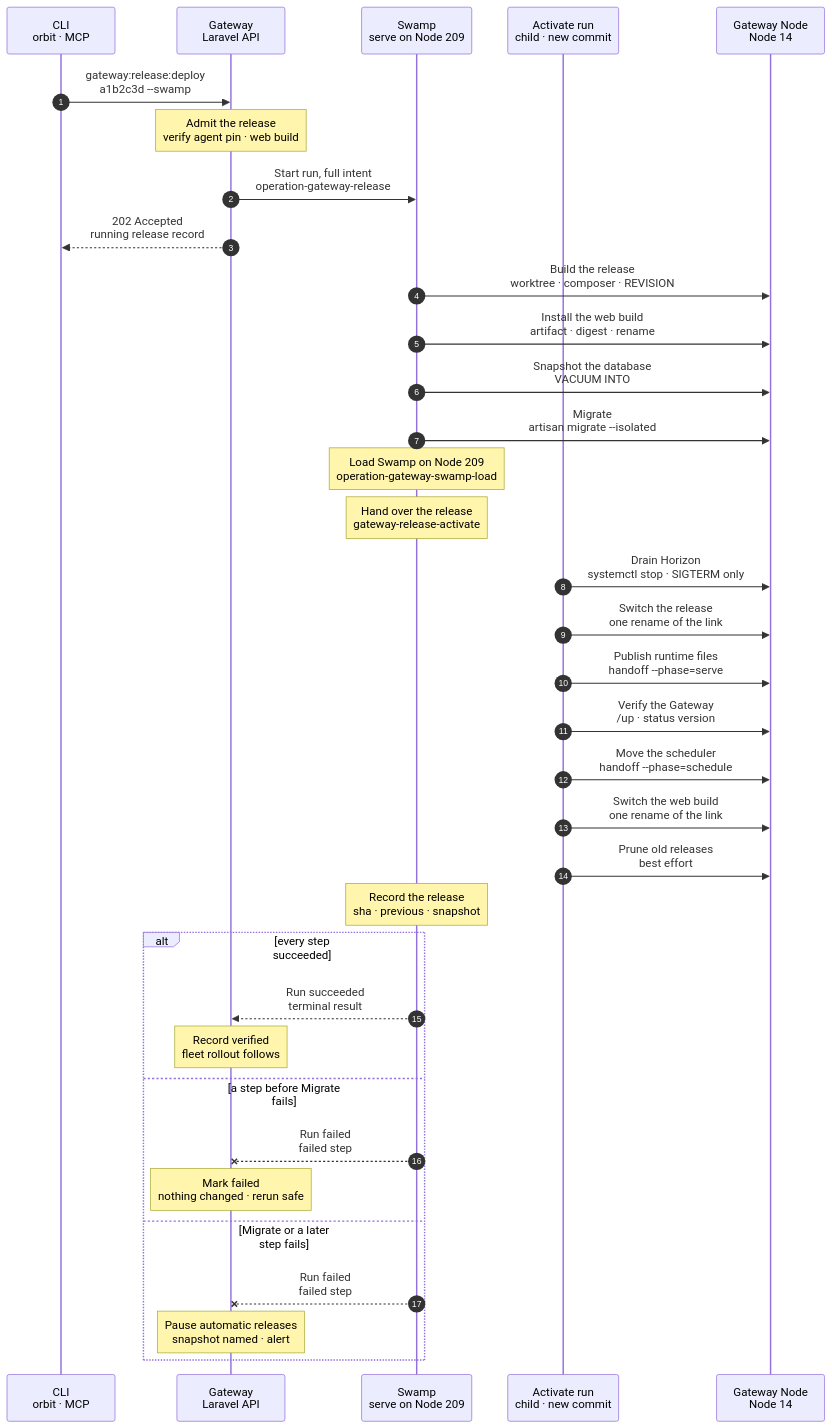
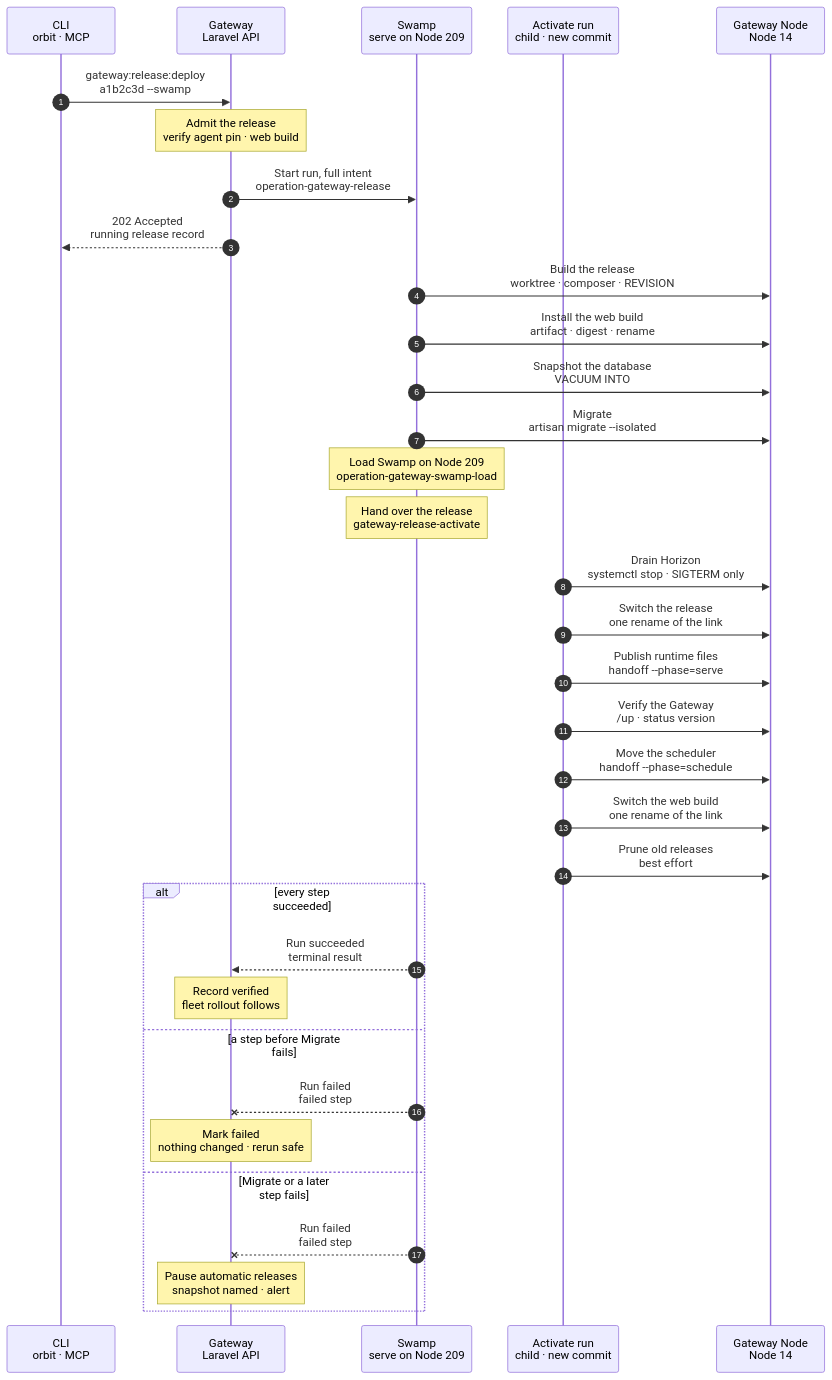
One commit to hardimpactdev/orbit changed the diagram in docs/cli/gateway/release-deploy.mmd. Above: the diagram before and after it, drawn with Mermaid. The commit also changed 11 other files, not shown here.

```diff
--- a/docs/cli/gateway/release-deploy.mmd
+++ b/docs/cli/gateway/release-deploy.mmd
@@ -1,65 +1,64 @@
 sequenceDiagram
   %% Target design: owner decision 2026-11-03, one Swamp workflow per Gateway release (R1, beside the release unit).
   %% A forward release never switches back: the migration ran, so a later failure pauses. docs/reference/gateway-recovery.md#release-as-a-swamp-run.
   %% status: reviewed
   %% command: gateway:release:deploy --swamp
   %% kind: gateway.release
   %% behavior name: gateway-release-<step>-209 (fixed)
   autonumber
   %% lane TR icon=terminal pill=caller tone=gray
   %% lane GW icon=gateway pill=intent tone=blue
   %% lane SW icon=workflow pill=executes tone=green
   %% lane AC icon=workflow pill=child tone=green
   %% lane GN icon=server pill=target tone=amber
   participant TR as CLI<br/>orbit · MCP
   participant GW as Gateway<br/>Laravel API
   participant SW as Swamp<br/>serve on Node 209
   participant AC as Activate run<br/>child · new commit
   participant GN as Gateway Node<br/>Node 14
   TR->>GW: gateway:release:deploy<br/>a1b2c3d --swamp
   %%> Command:
   %%> - `orbit gateway:release:deploy <full sha> --swamp`
   Note over GW: Admit the release<br/>verify agent pin · web build
   %%> Requirements:
   %%> - the full commit; no other release queued or running; no staged hold
   %%> - the agent pin passes its Sigstore check; CI published the commit's web build
   %%> Result:
   %%> - a running release record; the pin, artifact, Horizon unit and SSH targets frozen as inputs
   GW->>SW: Start run, full intent<br/>operation-gateway-release
   %%> What it does:
   %%> - at run start, mints one read token (contents, actions) into the vault
   GW-->>TR: 202 Accepted<br/>running release record
   SW->>GN: Build the release<br/>worktree · composer · REVISION
   %%> What it does:
   %%> - fetches the commit, refuses one that does not descend from the current release
   %%> - links shared env and storage, installs dependencies, seals with `REVISION` and a cached config
   %%> - a sealed release of the commit is reused
   SW->>GN: Install the web build<br/>artifact · digest · rename
   SW->>GN: Snapshot the database<br/>VACUUM INTO
   SW->>GN: Migrate<br/>artisan migrate --isolated
   %%> On failure:
   %%> - from here, the release pauses with the old release live
   Note over SW: Load Swamp on Node 209<br/>operation-gateway-swamp-load
   %%> What it does:
   %%> - the load child: checkout, grants the new release rendered, serve reload
   Note over SW: Hand over the release<br/>gateway-release-activate
   %%> Why:
   %%> - the child runs from the definition the load installed, so the switch runs the new commit's steps
   AC->>GN: Drain Horizon<br/>systemctl stop · SIGTERM only
   AC->>GN: Switch the release<br/>one rename of the link
   AC->>GN: Publish runtime files<br/>handoff --phase=serve
   AC->>GN: Verify the Gateway<br/>/up · status version
   AC->>GN: Move the scheduler<br/>handoff --phase=schedule
   AC->>GN: Switch the web build<br/>one rename of the link
   AC->>GN: Prune old releases<br/>best effort
-  Note over SW: Record the release<br/>sha · previous · snapshot
   alt every step succeeded
     SW-->>GW: Run succeeded<br/>terminal result
     Note over GW: Record verified<br/>fleet rollout follows
   else a step before Migrate fails
     SW--xGW: Run failed<br/>failed step
     Note over GW: Mark failed<br/>nothing changed · rerun safe
   else Migrate or a later step fails
     SW--xGW: Run failed<br/>failed step
     Note over GW: Pause automatic releases<br/>snapshot named · alert
   end
```
